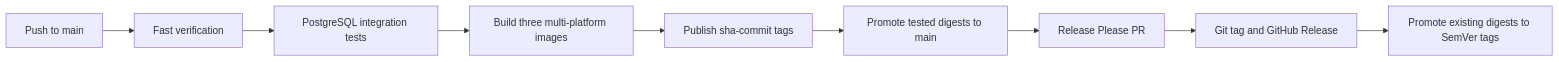
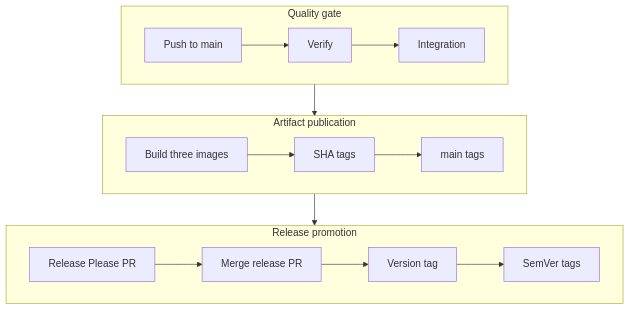
The first of 2 diagrams in docs/release-process.md (jakobzagar/Fit-Track), drawn with Mermaid before and after one commit. The commit also changed other lines of this file, not shown here.

Commit message:
docs: clarify release runtime

````diff
--- a/docs/release-process.md
+++ b/docs/release-process.md
@@ -7,11 +7,24 @@
 ```mermaid
-flowchart LR
-    PUSH[Push to main] --> TEST[Fast verification]
-    TEST --> INTEGRATION[PostgreSQL integration tests]
-    INTEGRATION --> BUILD[Build three multi-platform images]
-    BUILD --> SHA[Publish sha-commit tags]
-    SHA --> MAIN[Promote tested digests to main]
-    MAIN --> RP[Release Please PR]
-    RP --> TAG[Git tag and GitHub Release]
-    TAG --> VERSION[Promote existing digests to SemVer tags]
+flowchart TB
+    subgraph Quality[Quality gate]
+        direction LR
+        Push[Push to main] --> Verify[Verify]
+        Verify --> Integration[Integration]
+    end
+
+    subgraph Artifacts[Artifact publication]
+        direction LR
+        Build[Build three images] --> Sha[SHA tags]
+        Sha --> Main[main tags]
+    end
+
+    subgraph Release[Release promotion]
+        direction LR
+        ReleasePR[Release Please PR] --> Merge[Merge release PR]
+        Merge --> Tag[Version tag]
+        Tag --> SemVer[SemVer tags]
+    end
+
+    Integration --> Build
+    Main --> ReleasePR
 ```
````
